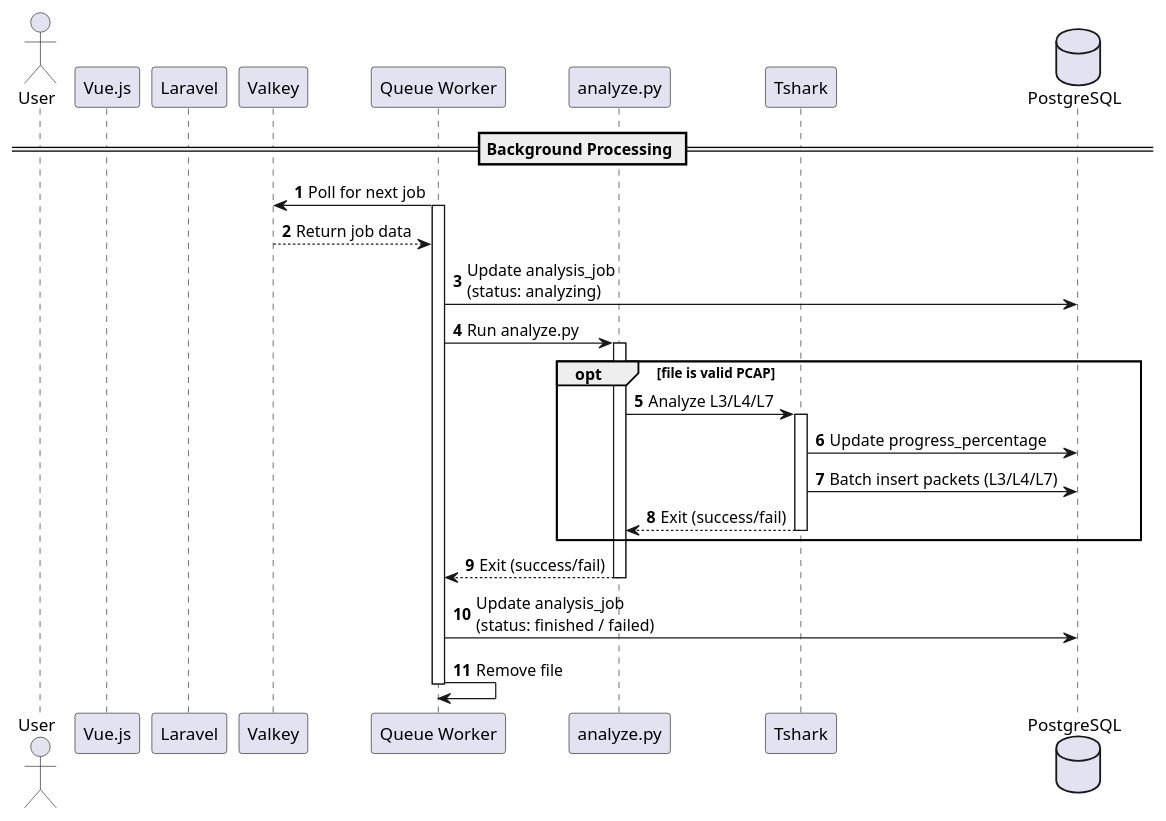
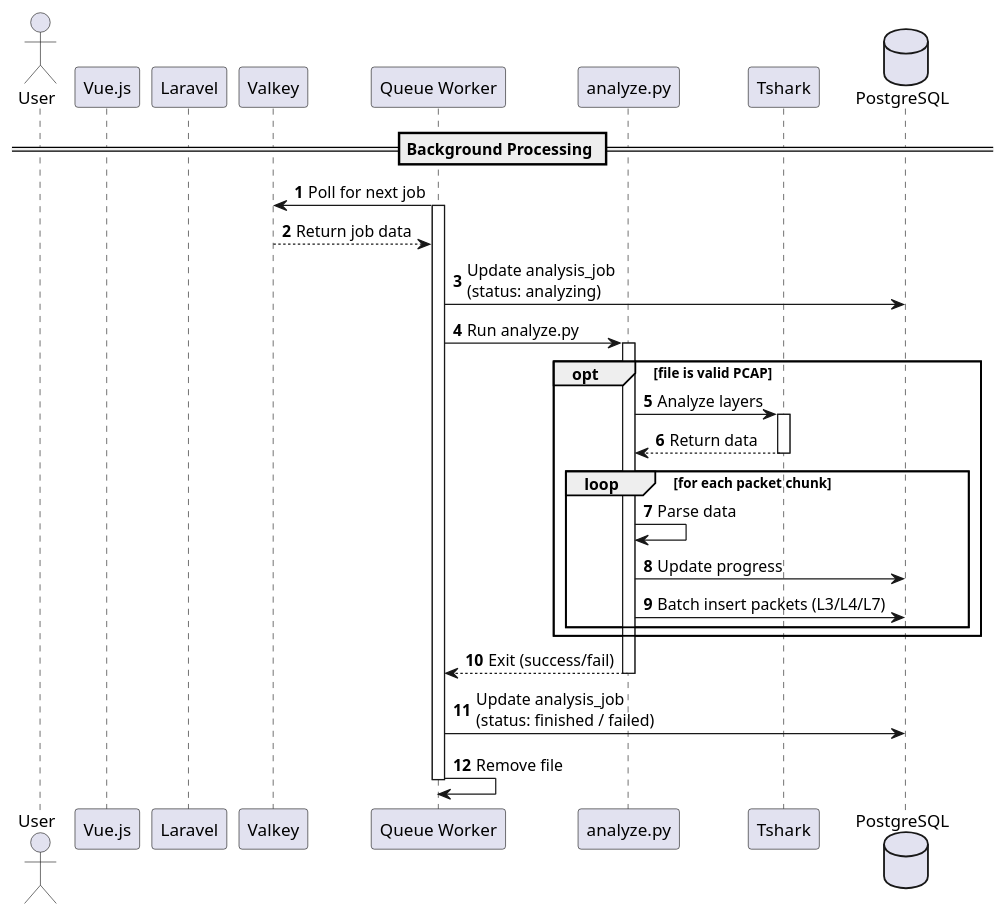
One commit to Zabuelis/WebShark changed the diagram in doc/WebShark_seq_2.puml. Above: the diagram before and after it, drawn with PlantUML. The commit also changed 3 other files, not shown here.

Commit message:
update seq diagram

```diff
--- a/doc/WebShark_seq_2.puml
+++ b/doc/WebShark_seq_2.puml
@@ -1,36 +1,40 @@
 @startuml
 autonumber
 
 actor User
 participant "Vue.js" as Web
 participant "Laravel" as Controller
 participant "Valkey" as Queue
 participant "Queue Worker" as Job
 participant "analyze.py" as Python
 participant "Tshark" as Tshark
 database PostgreSQL as DB
 
 == Background Processing ==
 Job -> Queue: Poll for next job
 activate Job
 Queue --> Job: Return job data
 Job -> DB: Update analysis_job\n(status: analyzing)
 Job -> Python: Run analyze.py
 activate Python
 
 opt file is valid PCAP
-    Python -> Tshark: Analyze L3/L4/L7
+    Python -> Tshark: Analyze layers
     activate Tshark
-    Tshark -> DB: Update progress_percentage
-    Tshark -> DB: Batch insert packets (L3/L4/L7)
-    Tshark --> Python: Exit (success/fail)
+    Tshark --> Python: Return data
     deactivate Tshark
+    
+    loop for each packet chunk
+        Python -> Python: Parse data
+        Python -> DB: Update progress
+        Python -> DB: Batch insert packets (L3/L4/L7)
+    end
 end
 
 Python --> Job: Exit (success/fail)
 deactivate Python
 Job -> DB: Update analysis_job\n(status: finished / failed)
 Job -> Job: Remove file
 deactivate Job
 
 @enduml
```
